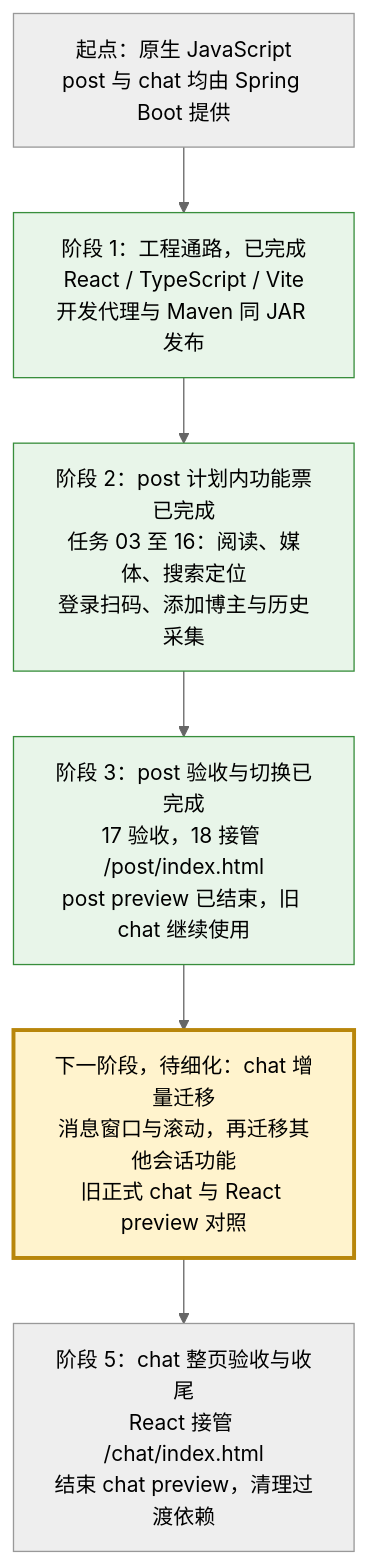
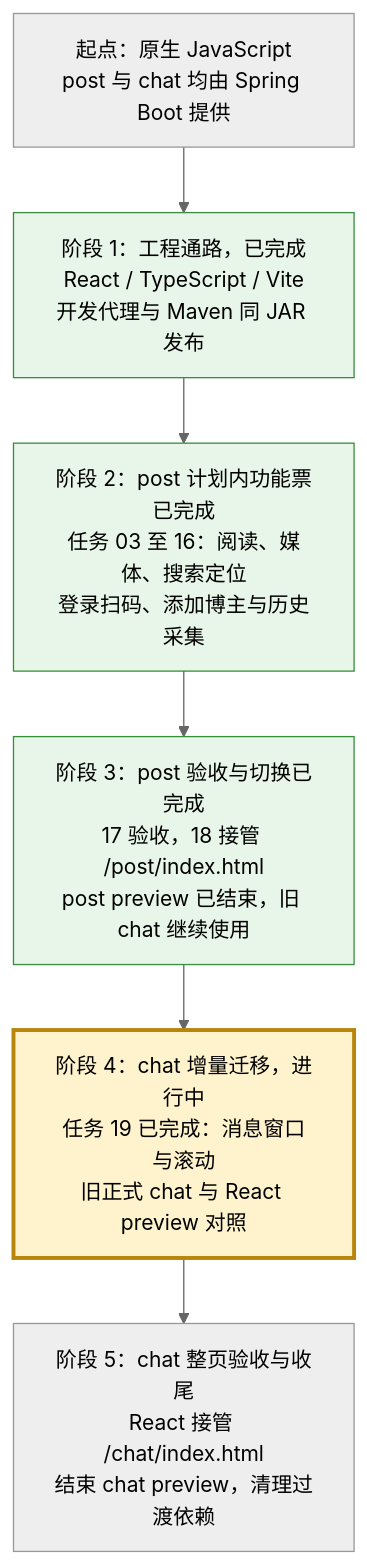
The diagram in .scratch/react-migration/PLAN.md (findxyz/vb-weibo-plus), drawn with Mermaid (neutral theme) before and after one commit. The commit also changed other lines of this file and 15 other files, not shown here.

First line of the commit message:
feat: add React chat message window and scroll slice

````diff
--- a/.scratch/react-migration/PLAN.md
+++ b/.scratch/react-migration/PLAN.md
@@ -17,14 +17,14 @@
 ```mermaid
 flowchart TD
     A["起点：原生 JavaScript<br/>post 与 chat 均由 Spring Boot 提供"]
     B["阶段 1：工程通路，已完成<br/>React / TypeScript / Vite<br/>开发代理与 Maven 同 JAR 发布"]
     C["阶段 2：post 计划内功能票已完成<br/>任务 03 至 16：阅读、媒体、搜索定位<br/>登录扫码、添加博主与历史采集"]
     D["阶段 3：post 验收与切换已完成<br/>17 验收，18 接管 /post/index.html<br/>post preview 已结束，旧 chat 继续使用"]
-    E["下一阶段，待细化：chat 增量迁移<br/>消息窗口与滚动，再迁移其他会话功能<br/>旧正式 chat 与 React preview 对照"]
+    E["阶段 4：chat 增量迁移，进行中<br/>任务 19 已完成：消息窗口与滚动<br/>旧正式 chat 与 React preview 对照"]
     F["阶段 5：chat 整页验收与收尾<br/>React 接管 /chat/index.html<br/>结束 chat preview，清理过渡依赖"]
     A --> B --> C --> D --> E --> F
     classDef complete fill:#e8f5e9,stroke:#388e3c
     classDef current fill:#fff3cd,stroke:#b8860b,stroke-width:3px
     class B,C,D complete
     class E current
 ```
````
